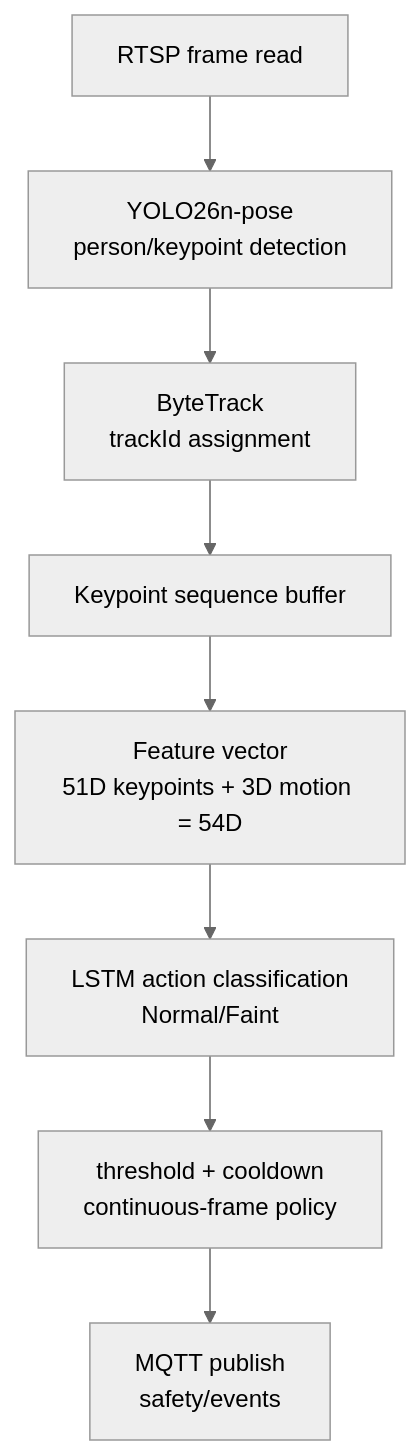
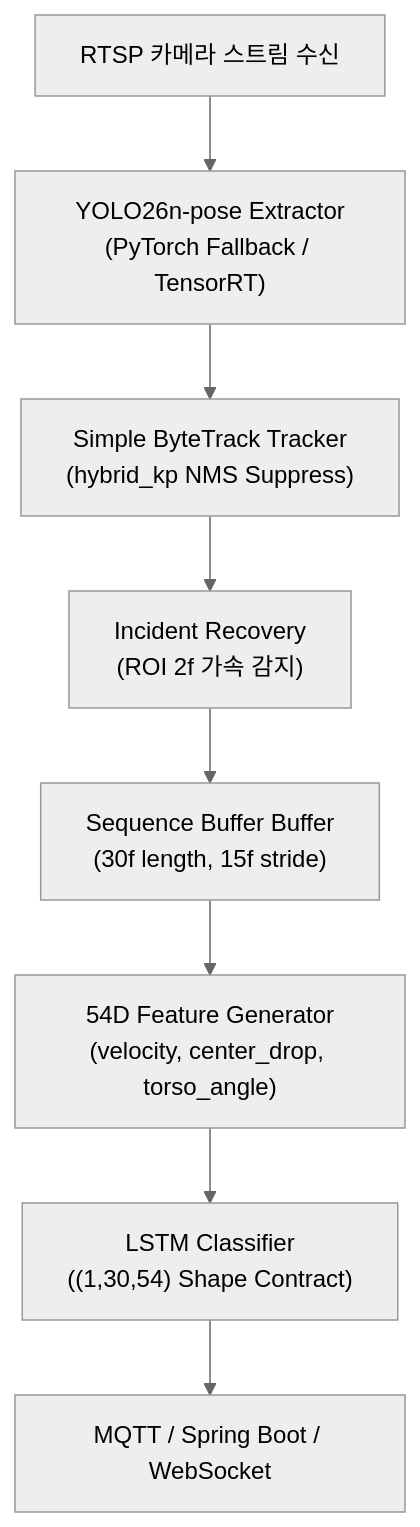
The diagram in content/AI-Pipeline.md (Anjingyeong/llm_wiki_strange), drawn with Mermaid (neutral theme) before and after one commit. The commit also changed other lines of this file and 27 other files, not shown here.

````diff
--- a/content/AI-Pipeline.md
+++ b/content/AI-Pipeline.md
@@ -90,19 +30,19 @@
 ```mermaid
 flowchart TD
-  RTSP["RTSP frame read"]
-  YOLO["YOLO26n-pose<br/>person/keypoint detection"]
-  Track["ByteTrack<br/>trackId assignment"]
-  Buffer["Keypoint sequence buffer"]
-  Feature["Feature vector<br/>51D keypoints + 3D motion = 54D"]
-  LSTM["LSTM action classification<br/>Normal/Faint"]
-  Policy["threshold + cooldown<br/>continuous-frame policy"]
-  MQTT["MQTT publish<br/>safety/events"]
+  RTSP["RTSP 카메라 스트림 수신"]
+  YOLO["YOLO26n-pose Extractor<br/>(PyTorch Fallback / TensorRT)"]
+  Tracker["Simple ByteTrack Tracker<br/>(hybrid_kp NMS Suppress)"]
+  Recovery["Incident Recovery<br/>(ROI 2f 가속 감지)"]
+  Buffer["Sequence Buffer Buffer<br/>(30f length, 15f stride)"]
+  Motion54["54D Feature Generator<br/>(velocity, center_drop, torso_angle)"]
+  LSTM["LSTM Classifier<br/>((1,30,54) Shape Contract)"]
+  MQTT["MQTT / Spring Boot / WebSocket"]
 
   RTSP --> YOLO
-  YOLO --> Track
-  Track --> Buffer
-  Buffer --> Feature
-  Feature --> LSTM
-  LSTM --> Policy
-  Policy --> MQTT
+  YOLO --> Tracker
+  Tracker --> Recovery
+  Recovery --> Buffer
+  Buffer --> Motion54
+  Motion54 --> LSTM
+  LSTM --> MQTT
 ```
````
